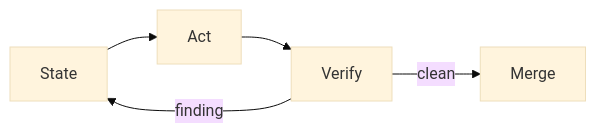
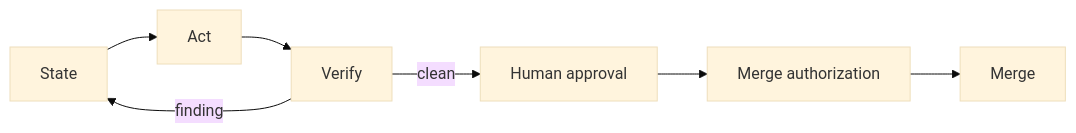
The third of 4 diagrams in docs/presentations/state-graph-surface-presentation.md (mfittko/dev-loops), drawn with Mermaid (base theme) before and after one commit. The commit also changed other lines of this file and 9 other files, not shown here.

Commit message:
docs(presentation): refresh state graph story for v1

````diff
--- a/docs/presentations/state-graph-surface-presentation.md
+++ b/docs/presentations/state-graph-surface-presentation.md
@@ -328,7 +328,9 @@
 ```mermaid {scale: 0.58}
 flowchart LR
   S[State] --> A[Act]
   A --> V[Verify]
   V -->|finding| S
-  V -->|clean| M[Merge]
+  V -->|clean| H[Human approval]
+  H --> Z[Merge authorization]
+  Z --> M[Merge]
 ```
````
